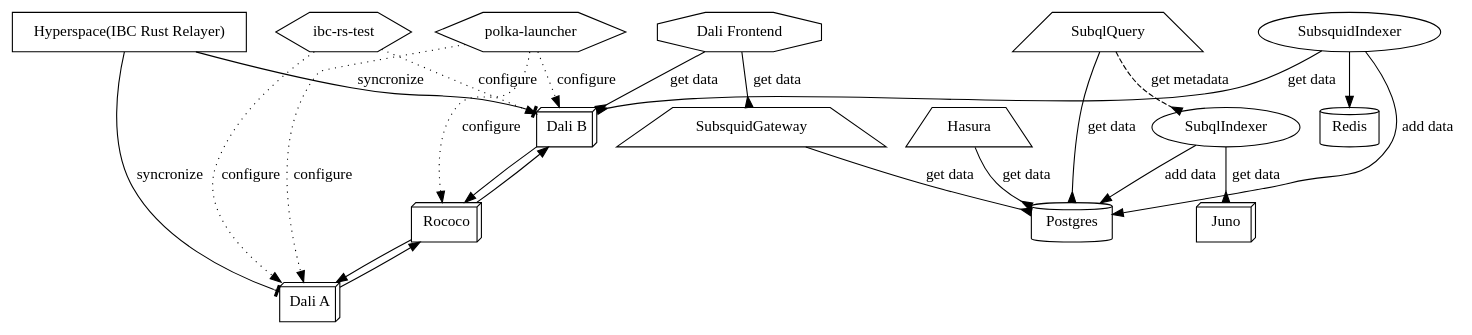
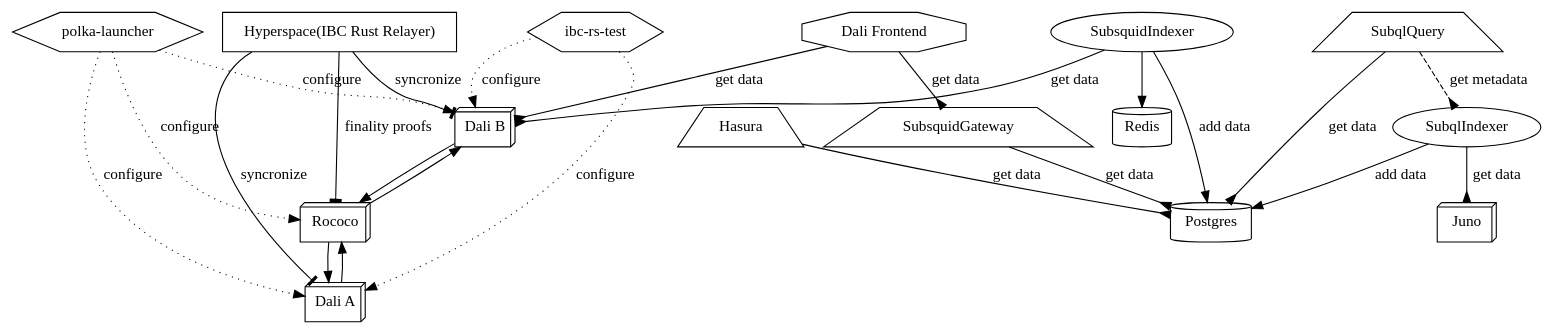
The diagram in .nix/arion-xcvm.dot (ComposableFi/composable), drawn with Graphviz before and after one commit. The commit also changed 1 other file, not shown here.

Commit message:
ibc relay needs finalit proofs from parity relay; XCVM gateway is IBC connection

```diff
--- a/.nix/arion-xcvm.dot
+++ b/.nix/arion-xcvm.dot
@@ -1,45 +1,46 @@
 digraph arion_xcvm {
     graph [fontname = "Handlee"];
     node [fontname = "Handlee"];
     edge [fontname = "Handlee"];    
     Dali [shape = box3d; label = "Dali B";];
     Rococo [shape = box3d;];
     Juno [shape = box3d;];
     sibling [shape = box3d;label = "Dali A";];
     Hasura [shape = trapezium;];
     SubqlQuery [shape = trapezium;];
     SubsquidGateway [shape = trapezium;];
     Postgres [shape = cylinder;];
     Redis [shape = cylinder;];
     dali_frontend [shape = octagon;label = "Dali Frontend";];
     hyperspace [shape = rectangle;label = "Hyperspace(IBC Rust Relayer)";];
     
     dali_frontend -> Dali [label = "get data"; arrowhead = inv;];
     dali_frontend -> SubsquidGateway [label = "get data"; arrowhead = inv;];
     Hasura -> Postgres [label = "get data"; arrowhead = inv;];
     SubqlIndexer -> Juno [label = "get data"; arrowhead = inv;];
     SubsquidIndexer -> Redis;
     SubsquidIndexer -> Postgres [label = "add data";];
     SubsquidIndexer -> Dali [label = "get data"; arrowhead = inv;];
     SubqlIndexer -> Postgres [label = "add data";];
     SubqlQuery -> Postgres [label = "get data"; arrowhead = inv;];
     SubqlQuery -> SubqlIndexer [style = dashed; label = "get metadata"; arrowhead = inv;];
     SubsquidGateway -> Postgres [label = "get data"; arrowhead = inv;];
     Dali -> Rococo;
     Rococo -> Dali;
     Rococo -> sibling;
     sibling -> Rococo;
     
     hyperspace -> Dali [label = "syncronize"; arrowhead = tee;];
     hyperspace -> sibling [label = "syncronize"; arrowhead = tee;];
+    hyperspace -> Rococo [label = "finality proofs"; arrowhead = tee;];
     
     ibc_test [shape = hexagon;label = "ibc-rs-test";];    
     
     ibc_test -> Dali [label = "configure"; style = dotted;];
     ibc_test -> sibling [label = "configure"; style = dotted;];
 
     zombient  -> Dali [label = "configure"; style = dotted;];
     zombient  [shape = hexagon;label = "polka-launcher";];    
     zombient -> sibling [label = "configure"; style = dotted;];
     zombient -> Rococo [label = "configure"; style = dotted;];
 }
```
